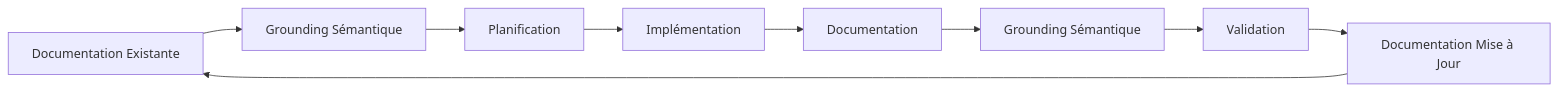
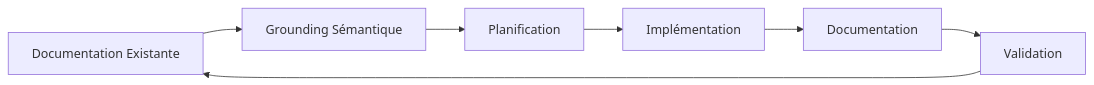
The first of 3 diagrams in docs/roosync/PROTOCOLE_SDDD.md (jsboige/roo-extensions), drawn with Mermaid before and after one commit. The commit also changed other lines of this file and 2 other files, not shown here.

````diff
--- a/docs/roosync/PROTOCOLE_SDDD.md
+++ b/docs/roosync/PROTOCOLE_SDDD.md
@@ -48,11 +49,9 @@
 ```mermaid
 graph LR
     A[Documentation Existante] --> B[Grounding Sémantique]
     B --> C[Planification]
     C --> D[Implémentation]
     D --> E[Documentation]
-    E --> F[Grounding Sémantique]
-    F --> G[Validation]
-    G --> H[Documentation Mise à Jour]
-    H --> A
+    E --> F[Validation]
+    F --> A
 ```
````
